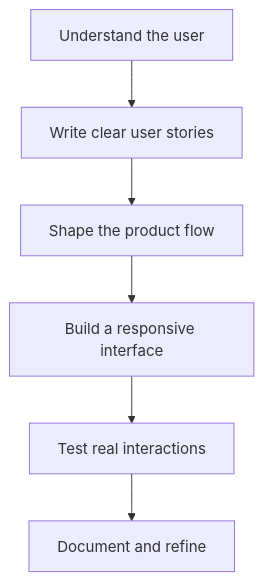
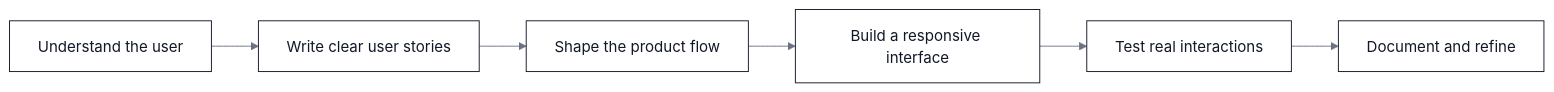
Before and after one commit to MalikAhed/MalikAhed: the diagram in README.md, drawn with Mermaid.

Commit message:
Make workflow chart horizontal and neutral

````diff
--- a/README.md
+++ b/README.md
@@ -70,8 +70,12 @@
 ```mermaid
-flowchart TD
+%%{init: {"theme": "base", "themeVariables": {"primaryColor": "#ffffff", "primaryTextColor": "#111827", "primaryBorderColor": "#111827", "lineColor": "#6b7280", "secondaryColor": "#ffffff", "tertiaryColor": "#ffffff"}}}%%
+flowchart LR
     A[Understand the user] --> B[Write clear user stories]
     B --> C[Shape the product flow]
     C --> D[Build a responsive interface]
     D --> E[Test real interactions]
     E --> F[Document and refine]
+
+    classDef clean fill:#ffffff,stroke:#111827,stroke-width:1px,color:#111827;
+    class A,B,C,D,E,F clean;
 ```
````
